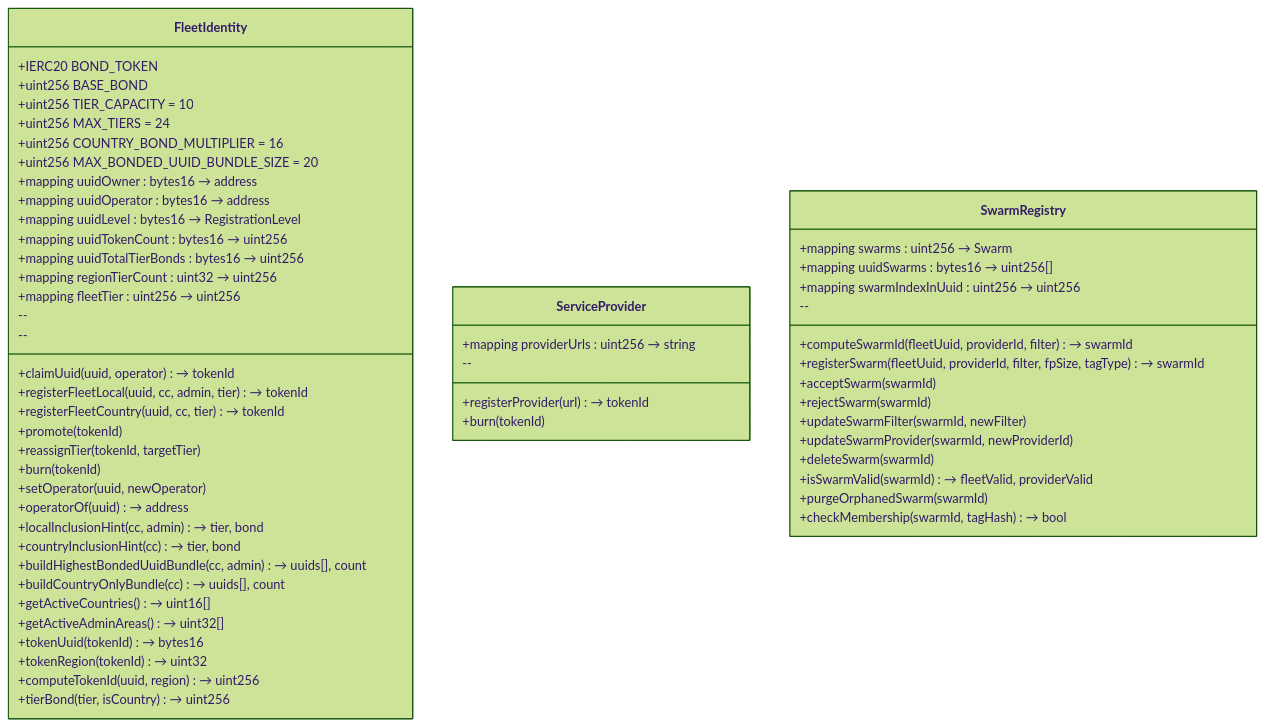
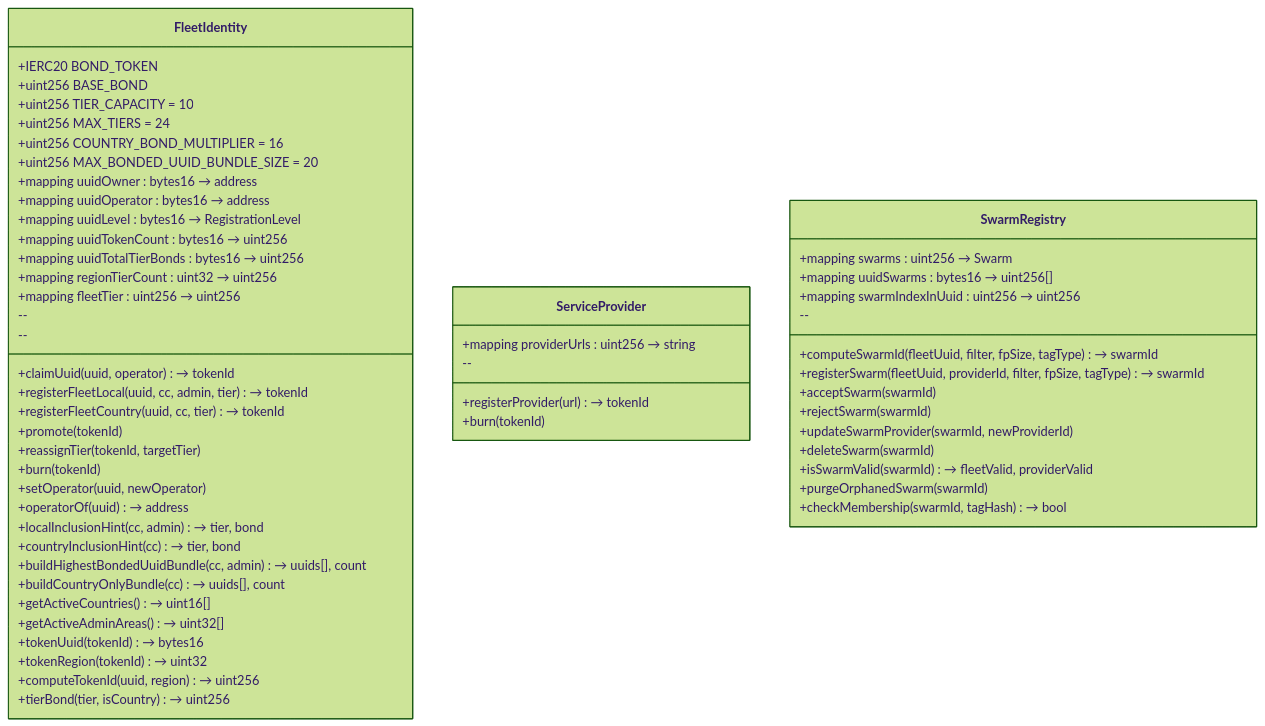
One commit to NodleCode/rollup changed the diagram in src/swarms/doc/data-model.md. Above: the diagram before and after it, drawn with Mermaid (forest theme). The commit also changed other lines of this file and 7 other files, not shown here.

````diff
--- a/src/swarms/doc/data-model.md
+++ b/src/swarms/doc/data-model.md
@@ -5,62 +5,61 @@
 ```mermaid
 classDiagram
     class FleetIdentity {
         +IERC20 BOND_TOKEN
         +uint256 BASE_BOND
         +uint256 TIER_CAPACITY = 10
         +uint256 MAX_TIERS = 24
         +uint256 COUNTRY_BOND_MULTIPLIER = 16
         +uint256 MAX_BONDED_UUID_BUNDLE_SIZE = 20
         +mapping uuidOwner : bytes16 → address
         +mapping uuidOperator : bytes16 → address
         +mapping uuidLevel : bytes16 → RegistrationLevel
         +mapping uuidTokenCount : bytes16 → uint256
         +mapping uuidTotalTierBonds : bytes16 → uint256
         +mapping regionTierCount : uint32 → uint256
         +mapping fleetTier : uint256 → uint256
         --
         +claimUuid(uuid, operator) → tokenId
         +registerFleetLocal(uuid, cc, admin, tier) → tokenId
         +registerFleetCountry(uuid, cc, tier) → tokenId
         +promote(tokenId)
         +reassignTier(tokenId, targetTier)
         +burn(tokenId)
         +setOperator(uuid, newOperator)
         +operatorOf(uuid) → address
         --
         +localInclusionHint(cc, admin) → tier, bond
         +countryInclusionHint(cc) → tier, bond
         +buildHighestBondedUuidBundle(cc, admin) → uuids[], count
         +buildCountryOnlyBundle(cc) → uuids[], count
         +getActiveCountries() → uint16[]
         +getActiveAdminAreas() → uint32[]
         +tokenUuid(tokenId) → bytes16
         +tokenRegion(tokenId) → uint32
         +computeTokenId(uuid, region) → uint256
         +tierBond(tier, isCountry) → uint256
     }
 
     class ServiceProvider {
         +mapping providerUrls : uint256 → string
         --
         +registerProvider(url) → tokenId
         +burn(tokenId)
     }
 
     class SwarmRegistry {
         +mapping swarms : uint256 → Swarm
         +mapping uuidSwarms : bytes16 → uint256[]
         +mapping swarmIndexInUuid : uint256 → uint256
         --
-        +computeSwarmId(fleetUuid, providerId, filter) → swarmId
+        +computeSwarmId(fleetUuid, filter, fpSize, tagType) → swarmId
         +registerSwarm(fleetUuid, providerId, filter, fpSize, tagType) → swarmId
         +acceptSwarm(swarmId)
         +rejectSwarm(swarmId)
-        +updateSwarmFilter(swarmId, newFilter)
         +updateSwarmProvider(swarmId, newProviderId)
         +deleteSwarm(swarmId)
         +isSwarmValid(swarmId) → fleetValid, providerValid
         +purgeOrphanedSwarm(swarmId)
         +checkMembership(swarmId, tagHash) → bool
     }
 ```
````
